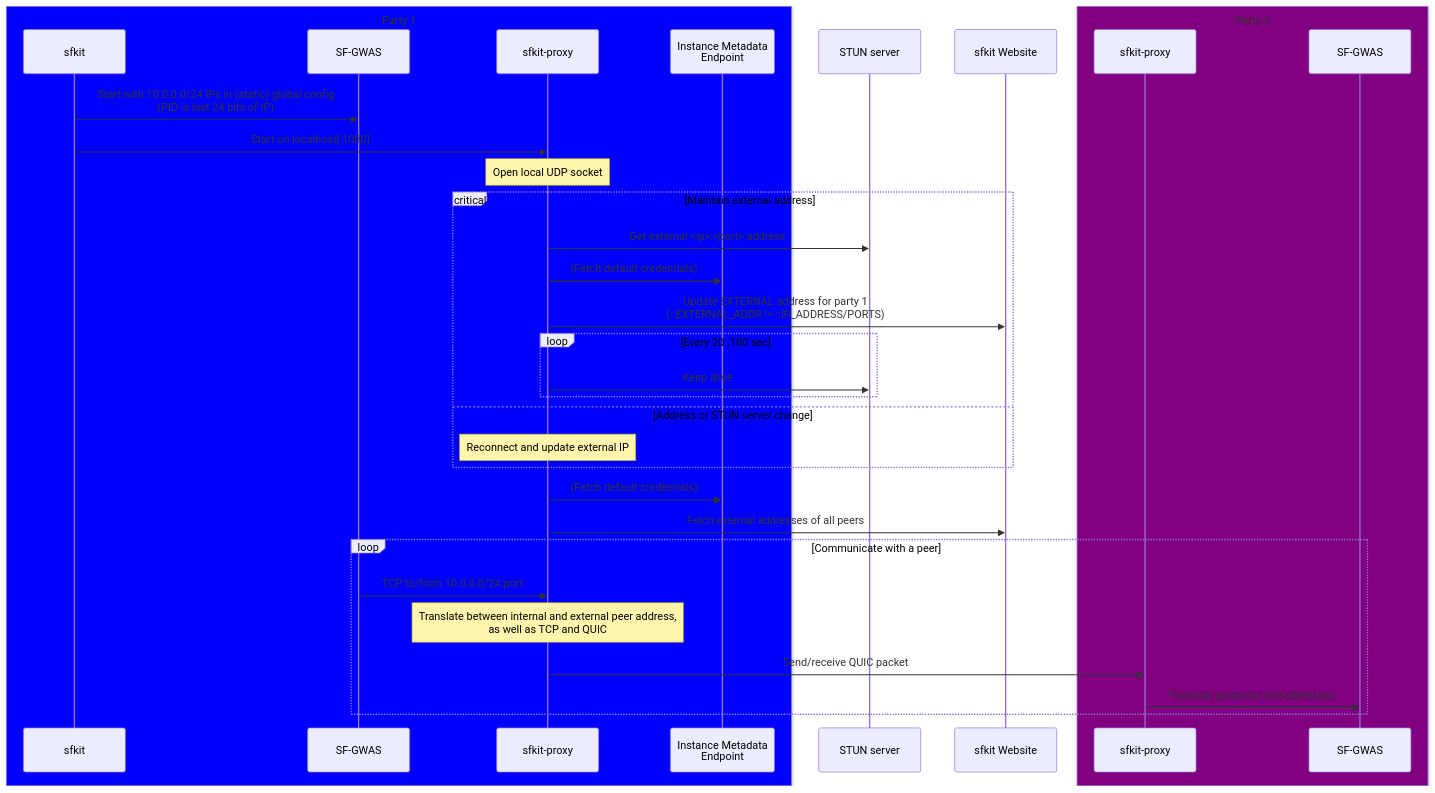
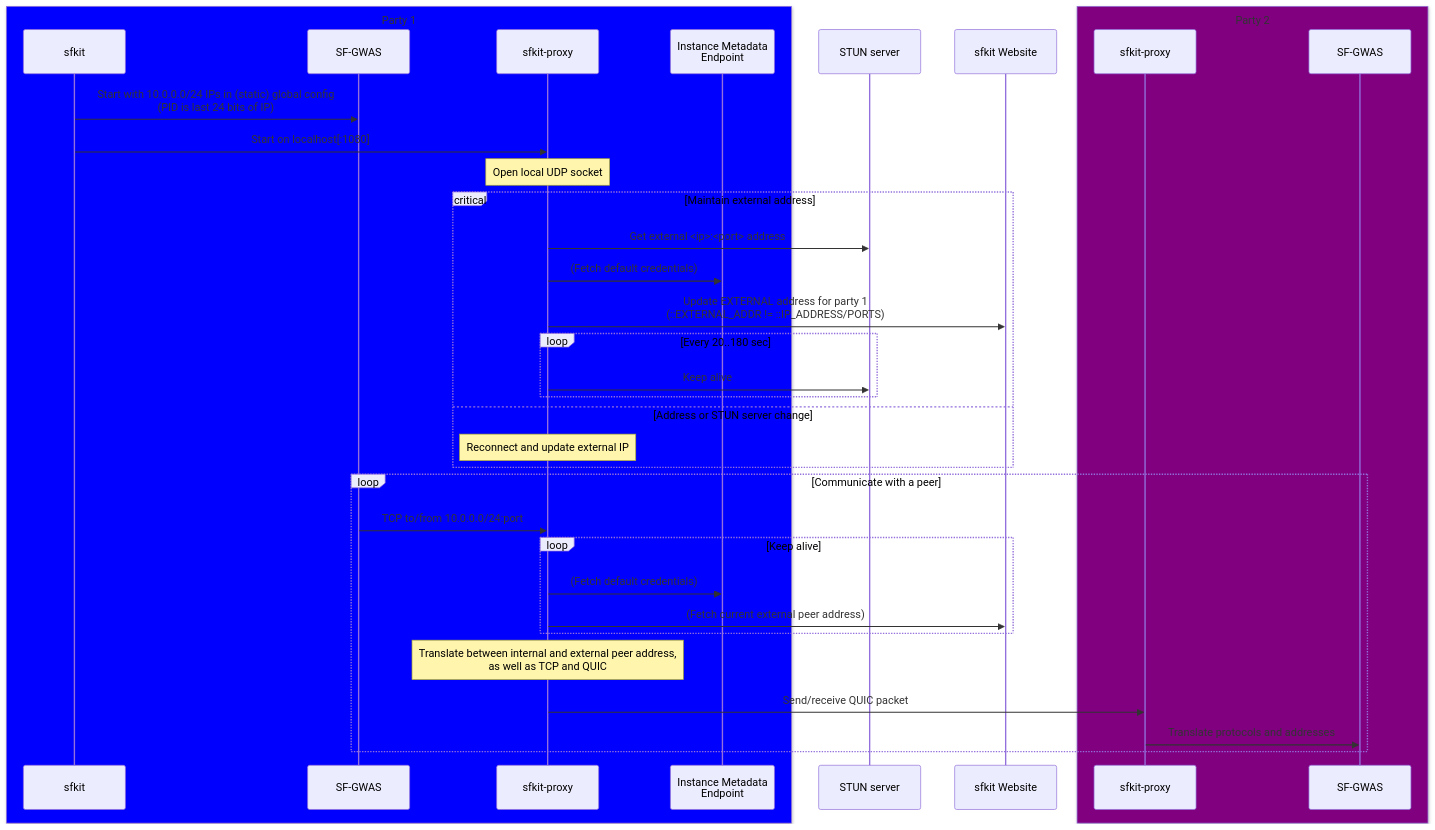
The diagram in README.md (hcholab/sfkit-proxy), drawn with Mermaid before and after one commit. The commit also changed other lines of this file, not shown here.

Commit message:
Clarify maintenance of peer addresses

````diff
--- a/README.md
+++ b/README.md
@@ -55,49 +56,51 @@
 ```mermaid
 sequenceDiagram
   box Blue Party 1
   participant s1 as sfkit
   participant g1 as SF-GWAS
   participant p1 as sfkit-proxy
   participant m1 as Instance Metadata<br/>Endpoint
   end
 
   participant t as STUN server
   participant w as sfkit Website
 
   box Purple Party 2
   participant p2 as sfkit-proxy
   participant g2 as SF-GWAS
   end
 
   s1->>g1: Start with 10.0.0.0/24 IPs in (static) global config<br/>(PID is last 24 bits of IP)
 
   s1->>p1: Start on localhost[:1080]
 
   Note over p1: Open local UDP socket
 
   critical Maintain external address
     p1->>t: Get external <ip>:<port> address
 
     p1->>m1: (Fetch default credentials)
     p1->>w: Update EXTERNAL address for party 1<br/>(::EXTERNAL_ADDR != ::IP_ADDRESS/PORTS)
 
     loop Every 20..180 sec
       p1->>t: Keep alive
     end
   option Address or STUN server change
     Note over p1: Reconnect and update external IP
   end
 
-  p1->>m1: (Fetch default credentials)
-  p1->>w: Fetch external addresses of all peers
-
   loop Communicate with a peer
     g1->>p1: TCP to/from 10.0.0.0/24:port
+
+    loop Keep alive
+      p1->>m1: (Fetch default credentials)
+      p1->>w: (Fetch current external peer address)
+    end
 
     Note over p1: Translate between internal and external peer address,<br/>as well as TCP and QUIC
 
     p1->>p2: Send/receive QUIC packet
 
     p2->>g2: Translate protocols and addresses 
   end
 ```
````
